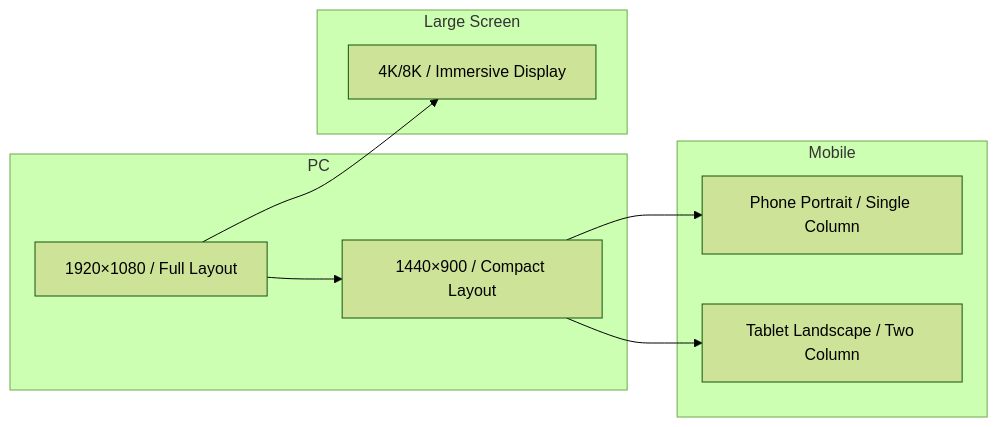
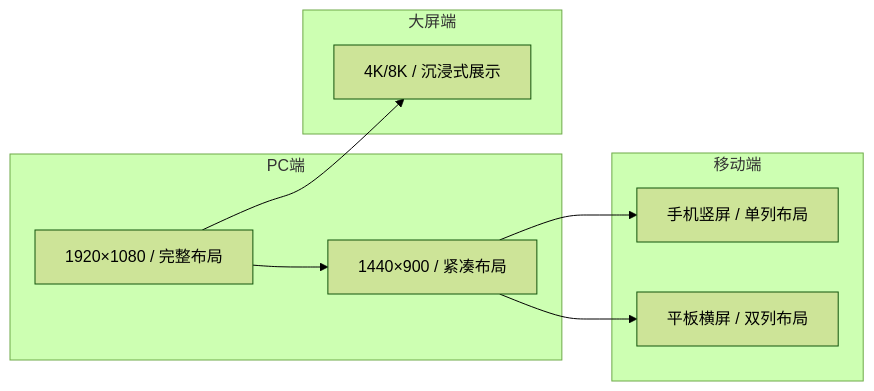
One commit to Kirky-X/cangjie changed the fifth of 9 diagrams in templates/Product/Operations/Template-Dashboard.md. Above: the diagram before and after it, drawn with Mermaid (forest theme). The commit also changed other lines of this file and 33 other files, not shown here.

````diff
--- a/templates/Product/Operations/Template-Dashboard.md
+++ b/templates/Product/Operations/Template-Dashboard.md
@@ -219,23 +219,23 @@
 ```mermaid
 
 
 flowchart LR
-    subgraph "PC"
-        P1["1920×1080 / Full Layout"]
-        P2["1440×900 / Compact Layout"]
+    subgraph "PC端"
+        P1["1920×1080 / 完整布局"]
+        P2["1440×900 / 紧凑布局"]
     end
 
-    subgraph "Large Screen"
-        L1["4K/8K / Immersive Display"]
+    subgraph "大屏端"
+        L1["4K/8K / 沉浸式展示"]
     end
 
-    subgraph "Mobile"
-        M1["Phone Portrait / Single Column"]
-        M2["Tablet Landscape / Two Column"]
+    subgraph "移动端"
+        M1["手机竖屏 / 单列布局"]
+        M2["平板横屏 / 双列布局"]
     end
 
     P1 --> P2
     P1 --> L1
     P2 --> M1
     P2 --> M2
 ```
````
